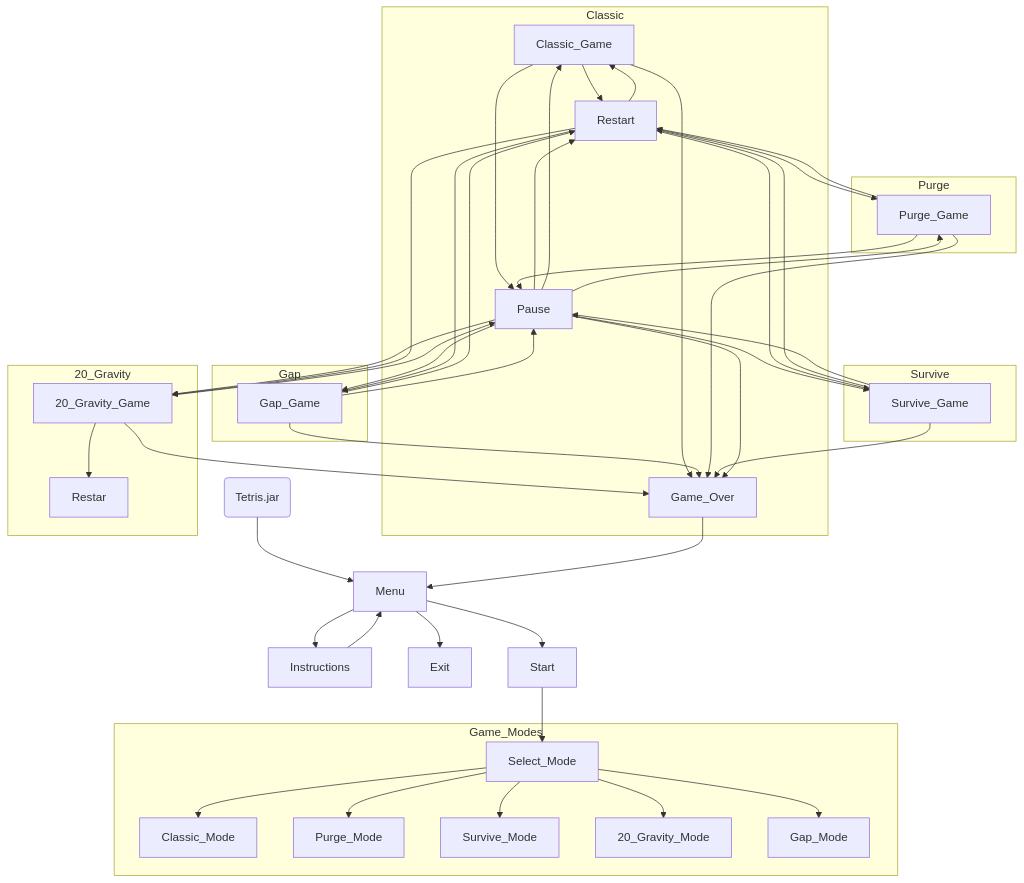
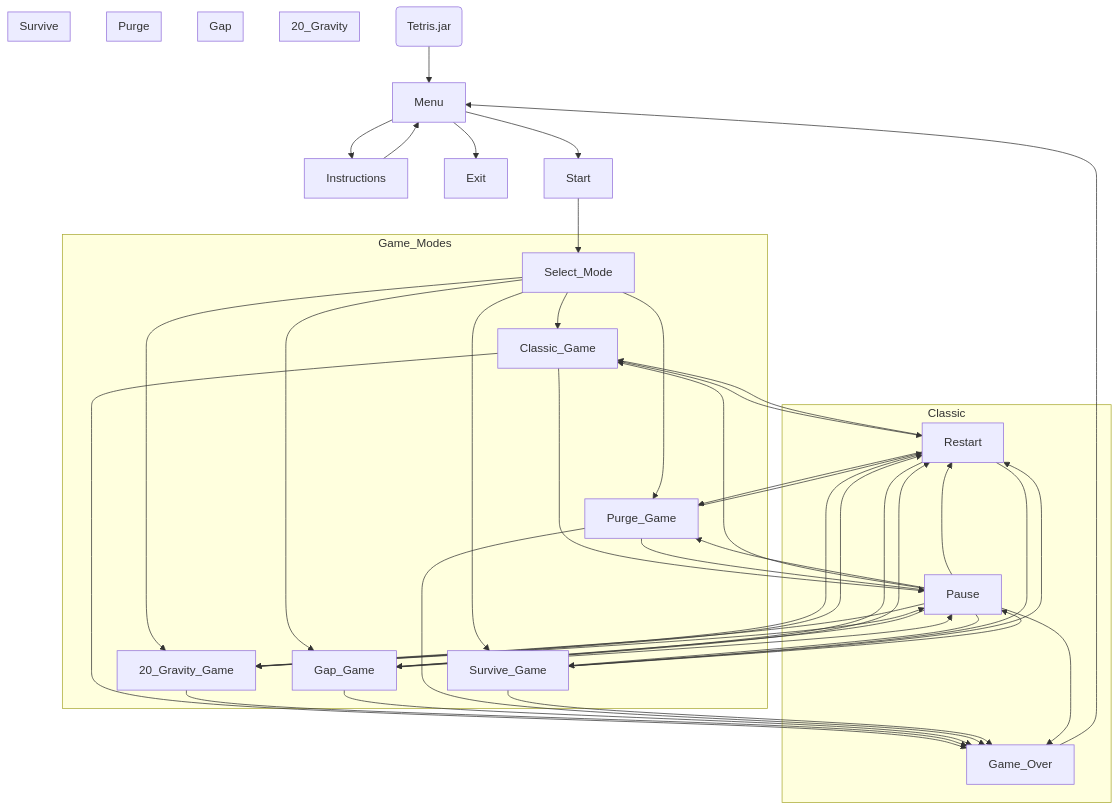
The second of 3 diagrams in README.md (sheng-luen-chung/JAVA_11302_Project), drawn with Mermaid before and after one commit.

````diff
--- a/README.md
+++ b/README.md
@@ -534,61 +534,61 @@
 ```mermaid
  flowchart TD
     Execute(Tetris.jar)
     Execute --> Menu
     Menu --> Instructions
     Menu --> Exit
     Instructions --> Menu
     Menu --> Start
 
     Start --> Select_Mode
 
     subgraph Game_Modes
-        Select_Mode --> Classic_Mode
-        Select_Mode --> Purge_Mode
-        Select_Mode --> Survive_Mode
-        Select_Mode --> 20_Gravity_Mode
-        Select_Mode --> Gap_Mode
+        Select_Mode --> Classic_Game
+        Select_Mode --> Purge_Game
+        Select_Mode --> Survive_Game
+        Select_Mode --> 20_Gravity_Game
+        Select_Mode --> Gap_Game
     end
 
     subgraph Classic
         Classic_Game --> Game_Over
         Classic_Game --> Restart
         Classic_Game --> Pause
     end
     subgraph 20_Gravity
         20_Gravity_Game --> Game_Over
-        20_Gravity_Game --> Restar
+        20_Gravity_Game --> Restart
         20_Gravity_Game --> Pause
     end
     subgraph Gap
         Gap_Game --> Game_Over
         Gap_Game --> Restart
         Gap_Game --> Pause
     end
     subgraph Purge
         Purge_Game --> Game_Over
         Purge_Game --> Restart
         Purge_Game --> Pause
     end
     subgraph Survive
         Survive_Game --> Restart
         Survive_Game --> Game_Over        
         Survive_Game --> Pause
     end
 
         Pause --> Game_Over
         Pause --> Restart
         Pause --> Classic_Game 
         Pause --> Purge_Game
         Pause --> Survive_Game
         Pause --> 20_Gravity_Game
         Pause --> Gap_Game
 
     Game_Over --> Menu
 
     Restart --> Classic_Game 
     Restart --> Purge_Game
     Restart --> Survive_Game
     Restart --> 20_Gravity_Game
     Restart --> Gap_Game
 ```
````
